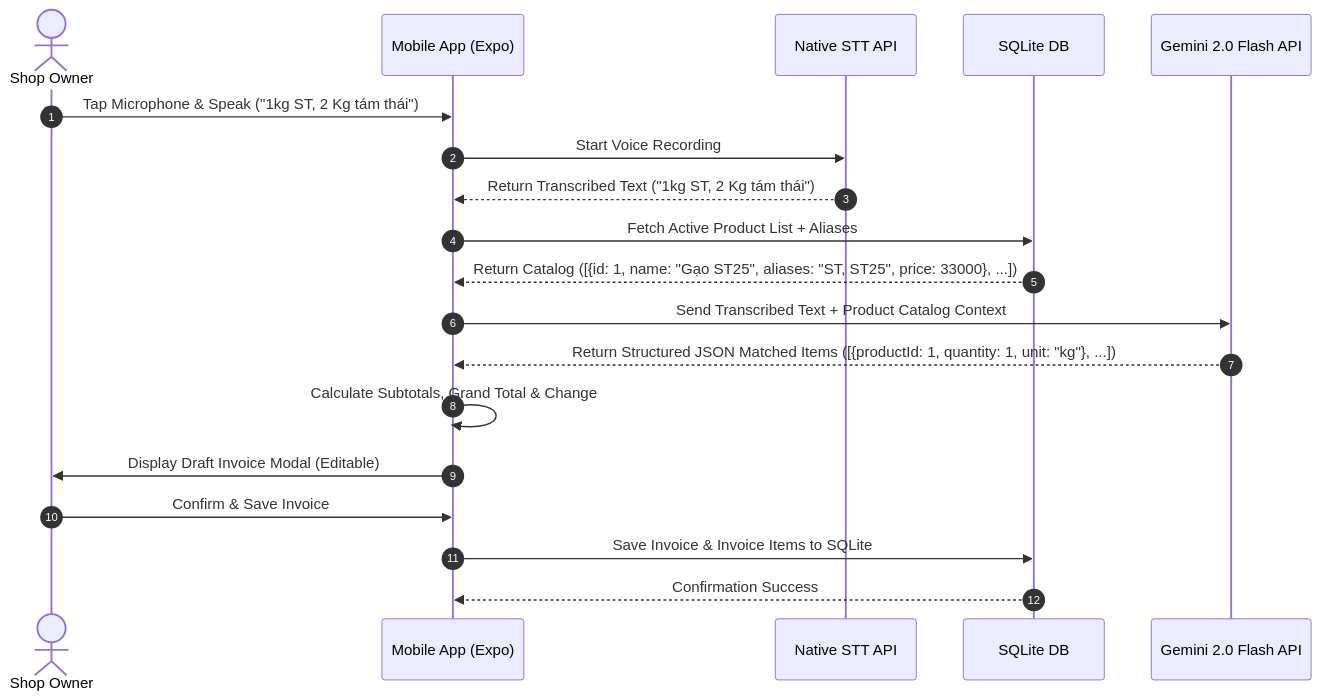
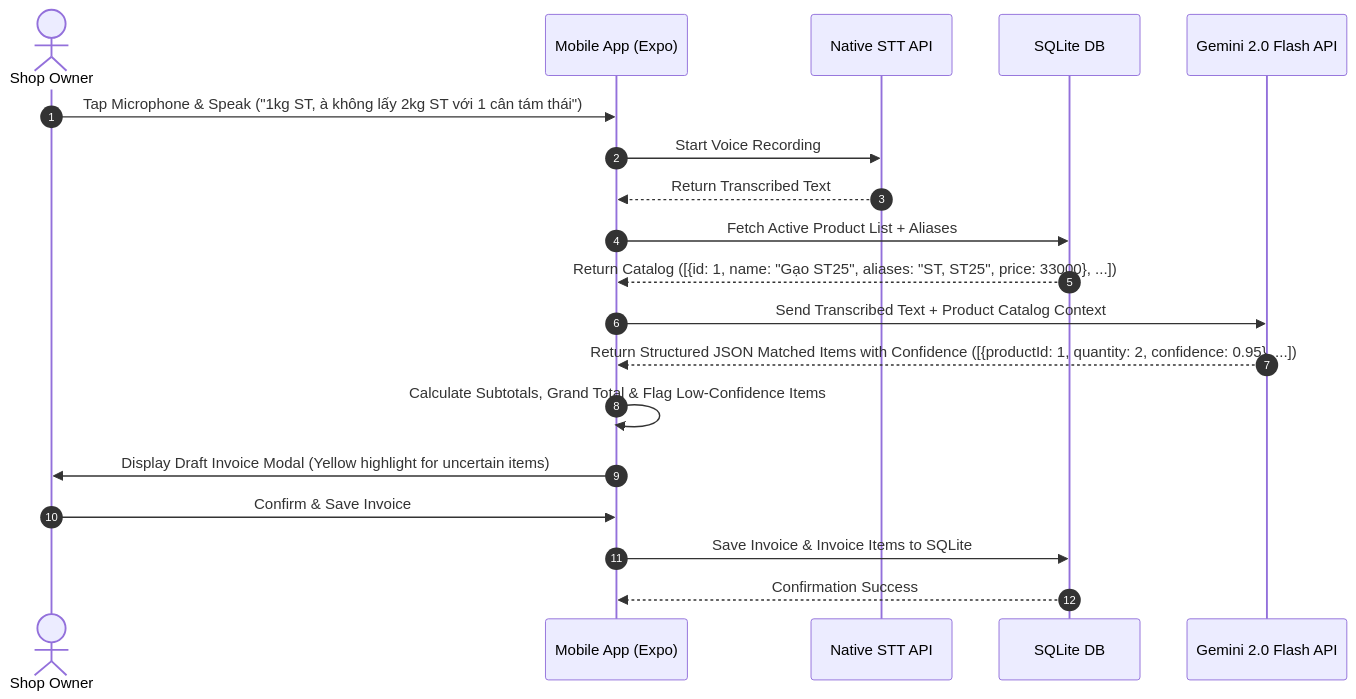
Before and after one commit to manhtruongbui63/voice_build: the diagram in docs/superpowers/specs/2026-07-29-voicebill-design.md, drawn with Mermaid. The commit also changed other lines of this file, not shown here.

````diff
--- a/docs/superpowers/specs/2026-07-29-voicebill-design.md
+++ b/docs/superpowers/specs/2026-07-29-voicebill-design.md
@@ -35,22 +35,22 @@
 ```mermaid
 sequenceDiagram
     autonumber
     actor User as Shop Owner
     participant App as Mobile App (Expo)
     participant STT as Native STT API
     participant DB as SQLite DB
     participant AI as Gemini 2.0 Flash API
 
-    User->>App: Tap Microphone & Speak ("1kg ST, 2 Kg tám thái")
+    User->>App: Tap Microphone & Speak ("1kg ST, à không lấy 2kg ST với 1 cân tám thái")
     App->>STT: Start Voice Recording
-    STT-->>App: Return Transcribed Text ("1kg ST, 2 Kg tám thái")
+    STT-->>App: Return Transcribed Text
     App->>DB: Fetch Active Product List + Aliases
     DB-->>App: Return Catalog ([{id: 1, name: "Gạo ST25", aliases: "ST, ST25", price: 33000}, ...])
     App->>AI: Send Transcribed Text + Product Catalog Context
-    AI-->>App: Return Structured JSON Matched Items ([{productId: 1, quantity: 1, unit: "kg"}, ...])
-    App->>App: Calculate Subtotals, Grand Total & Change
-    App->>User: Display Draft Invoice Modal (Editable)
+    AI-->>App: Return Structured JSON Matched Items with Confidence ([{productId: 1, quantity: 2, confidence: 0.95}, ...])
+    App->>App: Calculate Subtotals, Grand Total & Flag Low-Confidence Items
+    App->>User: Display Draft Invoice Modal (Yellow highlight for uncertain items)
     User->>App: Confirm & Save Invoice
     App->>DB: Save Invoice & Invoice Items to SQLite
     DB-->>App: Confirmation Success
 ```
````
